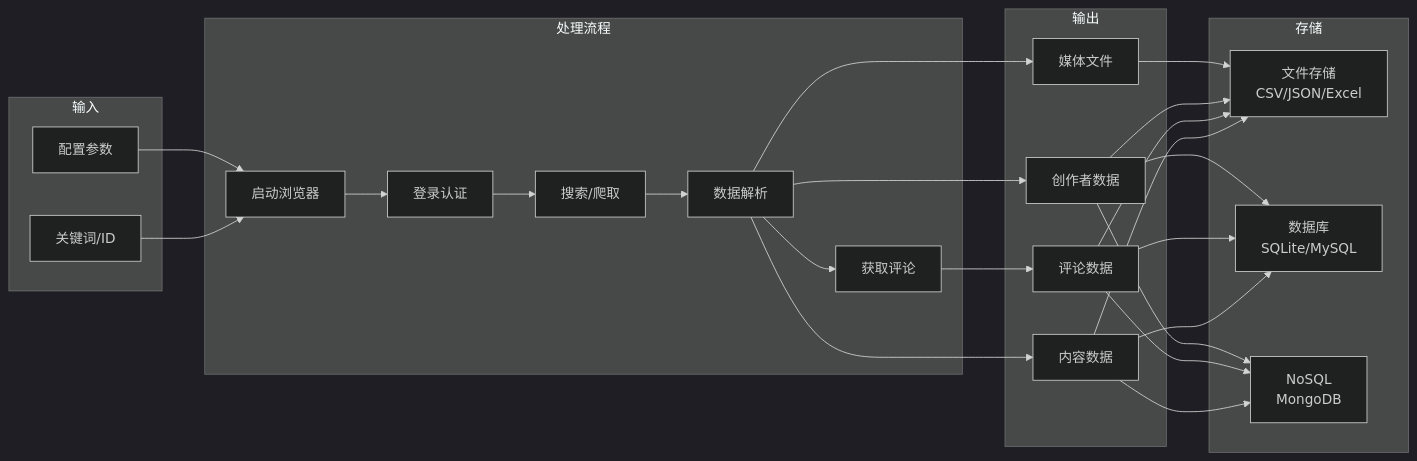
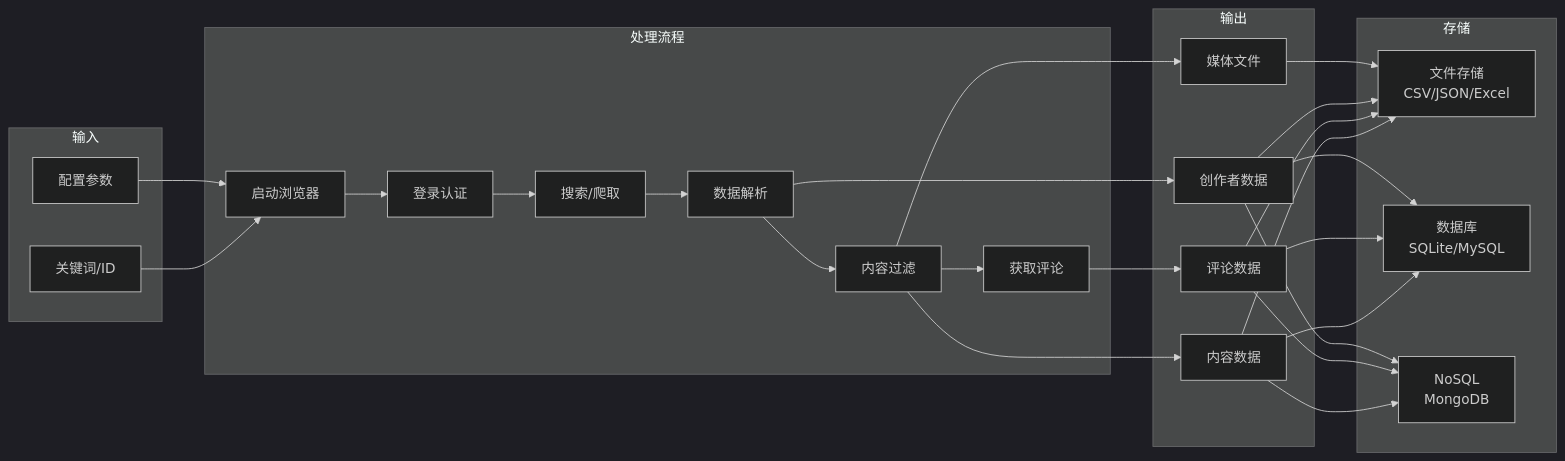
Before and after one commit to NanmiCoder/MediaCrawler: the second of 13 diagrams in docs/项目架构文档.md, drawn with Mermaid (dark theme). The commit also changed other lines of this file and 21 other files, not shown here.

````diff
--- a/docs/项目架构文档.md
+++ b/docs/项目架构文档.md
@@ -101,41 +101,43 @@
 ```mermaid
 flowchart LR
     subgraph Input["输入"]
         keywords["关键词/ID"]
         config["配置参数"]
     end
 
     subgraph Process["处理流程"]
         browser["启动浏览器"]
         login["登录认证"]
         search["搜索/爬取"]
         parse["数据解析"]
+        filter["内容过滤"]
         comment["获取评论"]
     end
 
     subgraph Output["输出"]
         content["内容数据"]
         comments["评论数据"]
         creator["创作者数据"]
         media["媒体文件"]
     end
 
     subgraph Storage["存储"]
         file["文件存储<br/>CSV/JSON/Excel"]
         db["数据库<br/>SQLite/MySQL"]
         nosql["NoSQL<br/>MongoDB"]
     end
 
     keywords --> browser
     config --> browser
     browser --> login
     login --> search
     search --> parse
-    parse --> comment
-    parse --> content
+    parse --> filter
+    filter --> comment
+    filter --> content
     comment --> comments
     parse --> creator
-    parse --> media
+    filter --> media
     content & comments & creator --> file & db & nosql
     media --> file
 ```
````
